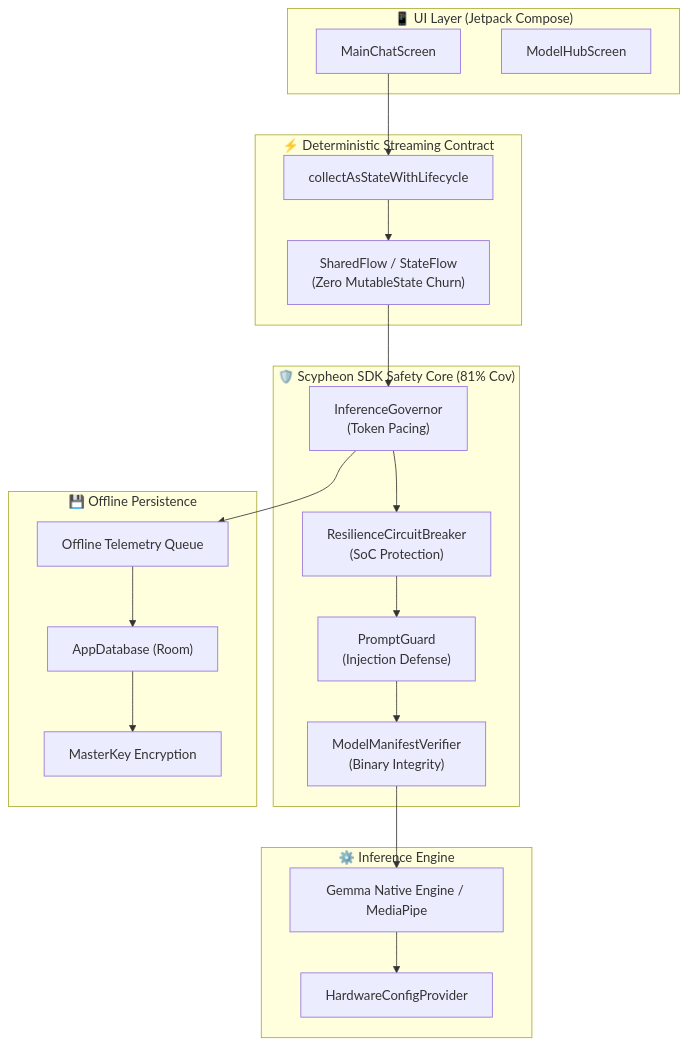
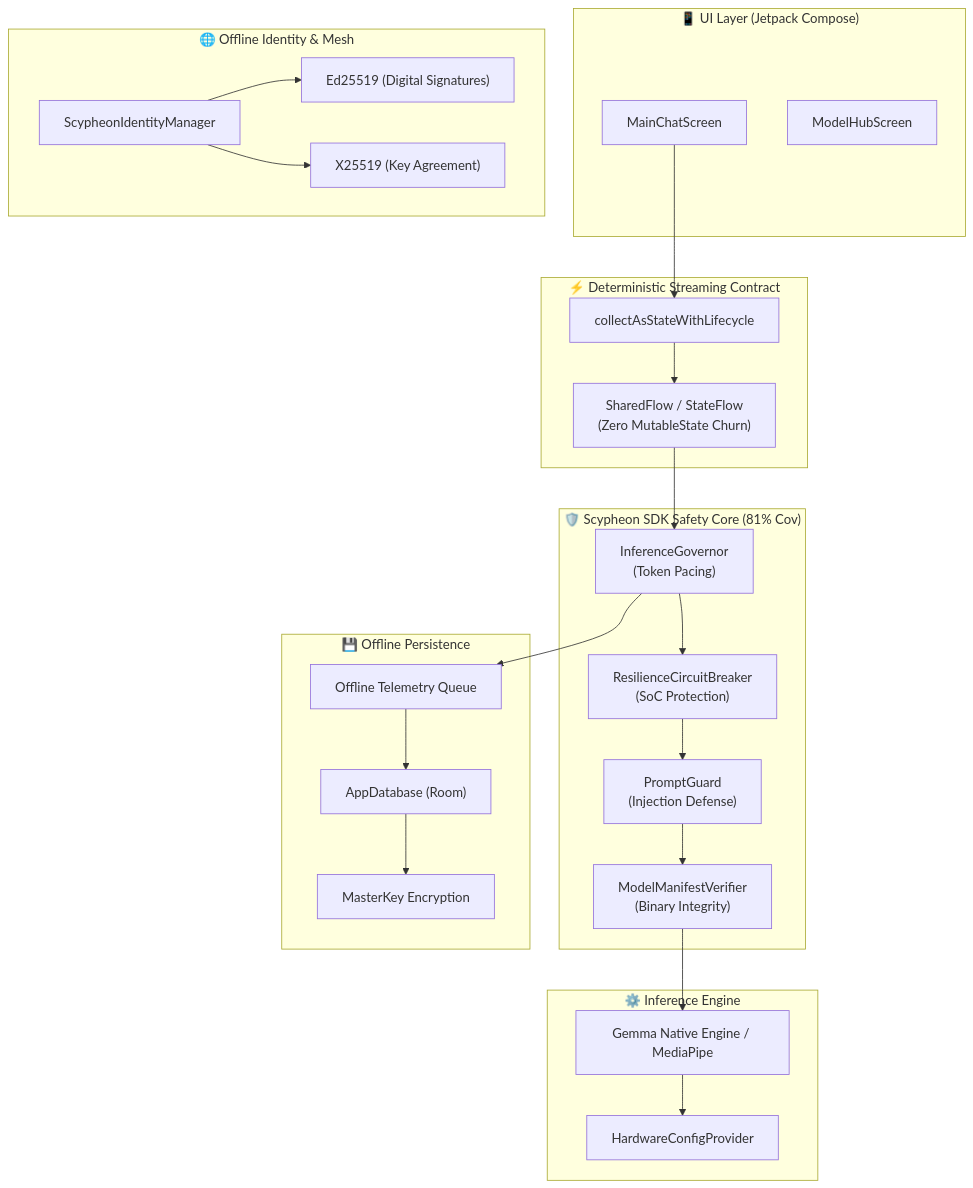
The diagram in scypheon_private/HACKATHON_SUBMISSION.md (ScyLxynFycus/Scypheon-Private), drawn with Mermaid before and after one commit. The commit also changed other lines of this file and 6 other files, not shown here.

Commit message:
docs: Finalize enterprise whitepapers, architectural diagrams, and humanitarian impact reports for submission

````diff
--- a/scypheon_private/HACKATHON_SUBMISSION.md
+++ b/scypheon_private/HACKATHON_SUBMISSION.md
@@ -9,45 +9,54 @@
 ```mermaid
 graph TD
     subgraph UI_Layer ["📱 UI Layer (Jetpack Compose)"]
         MainChatScreen["MainChatScreen"]
         ModelHubScreen["ModelHubScreen"]
     end
 
     subgraph Streaming_Contract ["⚡ Deterministic Streaming Contract"]
         StateFlow["SharedFlow / StateFlow<br>(Zero MutableState Churn)"]
         Lifecycle["collectAsStateWithLifecycle"]
     end
 
     subgraph SDK_Safety_Core ["🛡️ Scypheon SDK Safety Core (81% Cov)"]
         PromptGuard["PromptGuard<br>(Injection Defense)"]
         ManifestVerifier["ModelManifestVerifier<br>(Binary Integrity)"]
         CircuitBreaker["ResilienceCircuitBreaker<br>(SoC Protection)"]
         Governor["InferenceGovernor<br>(Token Pacing)"]
     end
 
     subgraph Edge_Engine ["⚙️ Inference Engine"]
         GemmaNative["Gemma Native Engine / MediaPipe"]
         HardwareConfig["HardwareConfigProvider"]
     end
 
     subgraph Persistence ["💾 Offline Persistence"]
         RoomDB["AppDatabase (Room)"]
         Crypto["MasterKey Encryption"]
         Telemetry["Offline Telemetry Queue"]
     end
 
+    subgraph Identity_Mesh ["🌐 Offline Identity & Mesh"]
+        Ed25519["Ed25519 (Digital Signatures)"]
+        X25519["X25519 (Key Agreement)"]
+        IdentityManager["ScypheonIdentityManager"]
+    end
+
     %% Wiring
     MainChatScreen --> Lifecycle
     Lifecycle --> StateFlow
     StateFlow --> Governor
     
     Governor --> CircuitBreaker
     CircuitBreaker --> PromptGuard
     PromptGuard --> ManifestVerifier
     ManifestVerifier --> GemmaNative
     
     GemmaNative --> HardwareConfig
     Governor --> Telemetry
     Telemetry --> RoomDB
     RoomDB --> Crypto
+    
+    IdentityManager --> Ed25519
+    IdentityManager --> X25519
 ```
````
